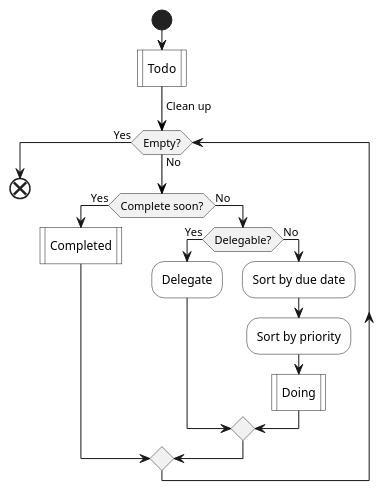
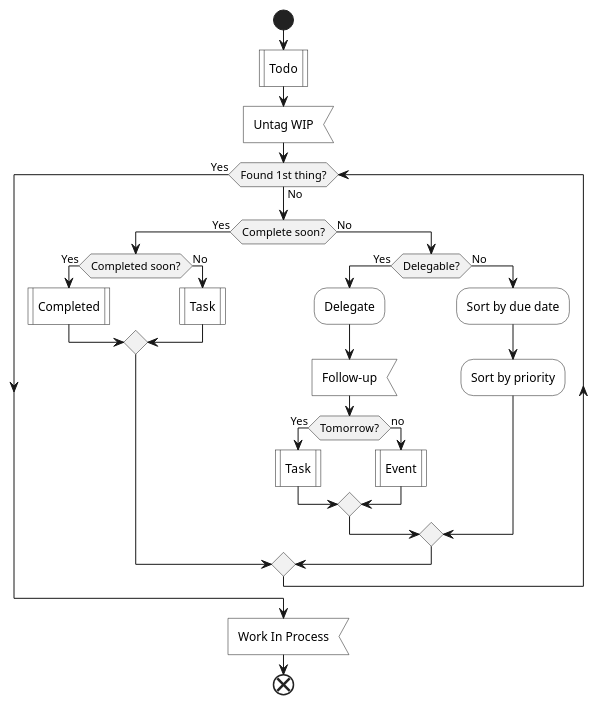
One commit to IceHe/icehe-lib changed the fourth of 6 diagrams in lifelogs/rehabilitation.md. Above: the diagram before and after it, drawn with PlantUML. The commit also changed other lines of this file, not shown here.

````diff
--- a/lifelogs/rehabilitation.md
+++ b/lifelogs/rehabilitation.md
@@ -329,31 +310,32 @@
 ```plantuml
 @startuml
 start
 #white:Todo|
--[#black]-> Clean up;
-while (Empty?) is (No)
+#white:Untag WIP<
+while (Found 1st thing?) is (No)
     if (Complete soon?) then (Yes)
-        #white:Completed|
-        '#white:Complete;
-        '#lightGray:Completed|
+        if (Completed soon?) then (Yes)
+            #white:Completed|
+        else (No)
+            #white:Task|
+            '果断放弃, 不要再浪费时间进去
+        endif
     else (No)
         if (Delegable?) then (Yes)
             #white:Delegate;
-            '#lightGray:Follow-up<
-            'if (Tomorrow?) then (Yes)
-            '    #lightGray:Task|
-            'else (no)
-            '    #lightGray:Event|
-            'endif
+            #white:Follow-up<
+            if (Tomorrow?) then (Yes)
+                #white:Task|
+            else (no)
+                #white:Event|
+            endif
         else (No)
             #white:Sort by due date;
             #white:Sort by priority;
-            #white:Doing|
-            '#orange:1st thing 1st;
-            '#lightGray:Work In Process<
         endif
     endif
 endwhile (Yes)
+#white:Work In Process<
 end
 @enduml
 ```
````
